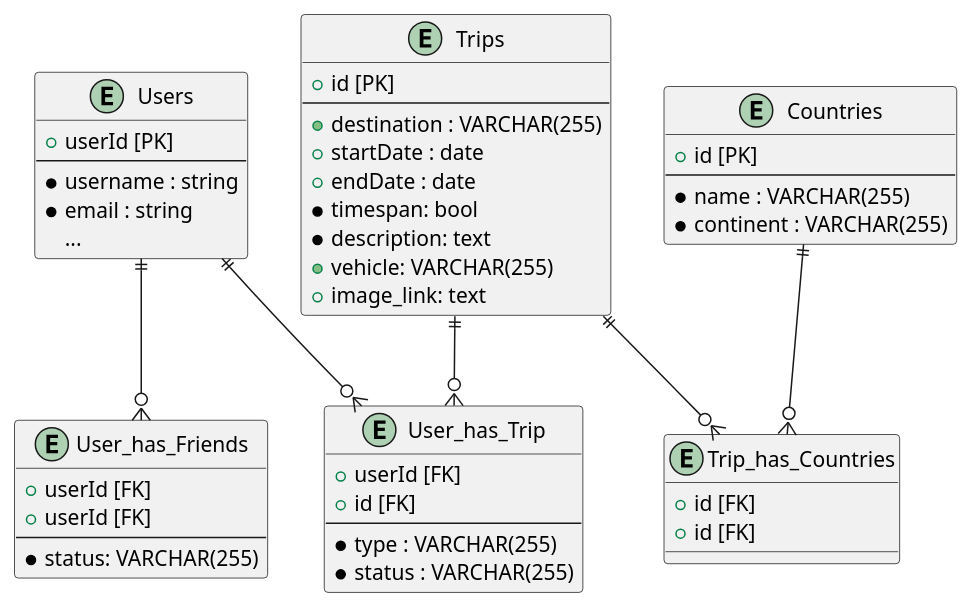
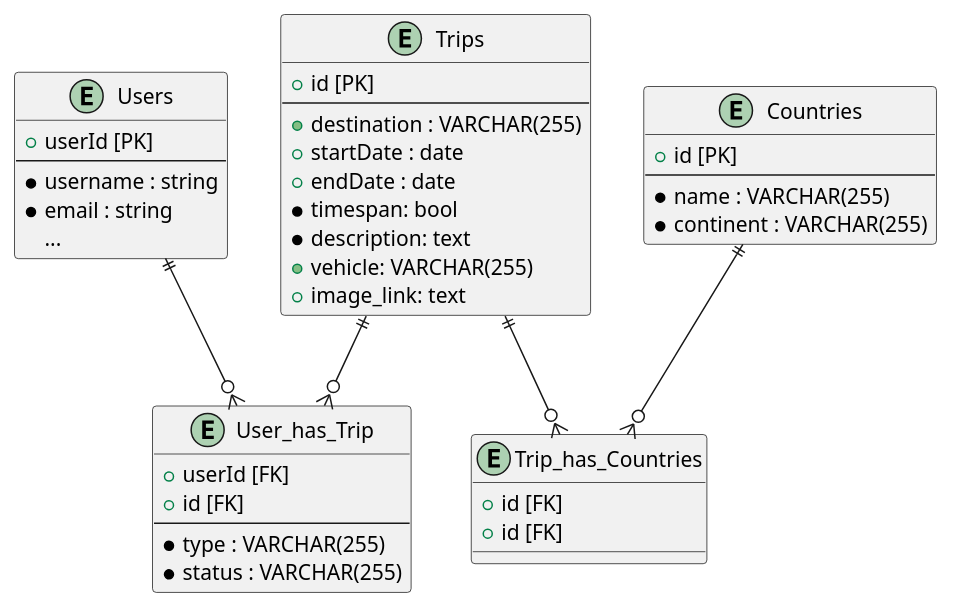
The diagram in ERM.puml (Maxiboy441/reiseRunde), drawn with PlantUML before and after one commit. The commit also changed 8 other files, not shown here.

```diff
--- a/ERM.puml
+++ b/ERM.puml
@@ -1,56 +1,48 @@
 @startuml
 
 entity Users {
     + userId [PK]
     --
     * username : string
     * email : string
     ...
 }
 
 entity Trips {
     + id [PK]
     --
     + destination : VARCHAR(255)
     + startDate : date
     + endDate : date
     * timespan: bool
     * description: text
     + vehicle: VARCHAR(255)
     + image_link: text
 }
 
 entity Countries {
     + id [PK]
     --
     * name : VARCHAR(255)
     * continent : VARCHAR(255)
 }
 
 entity User_has_Trip {
     + userId [FK]
     + id [FK]
     --
     * type : VARCHAR(255)
     * status : VARCHAR(255)
 }
 
 entity Trip_has_Countries {
     + id [FK]
     + id [FK]
 }
 
-entity User_has_Friends {
-    + userId [FK]
-    + userId [FK]
-    --
-    * status: VARCHAR(255)
-}
-
 Users ||--o{ User_has_Trip
 Trips ||--o{ User_has_Trip
 Trips ||--o{ Trip_has_Countries
 Countries ||--o{ Trip_has_Countries
-Users ||--o{ User_has_Friends
 
 @enduml
```
